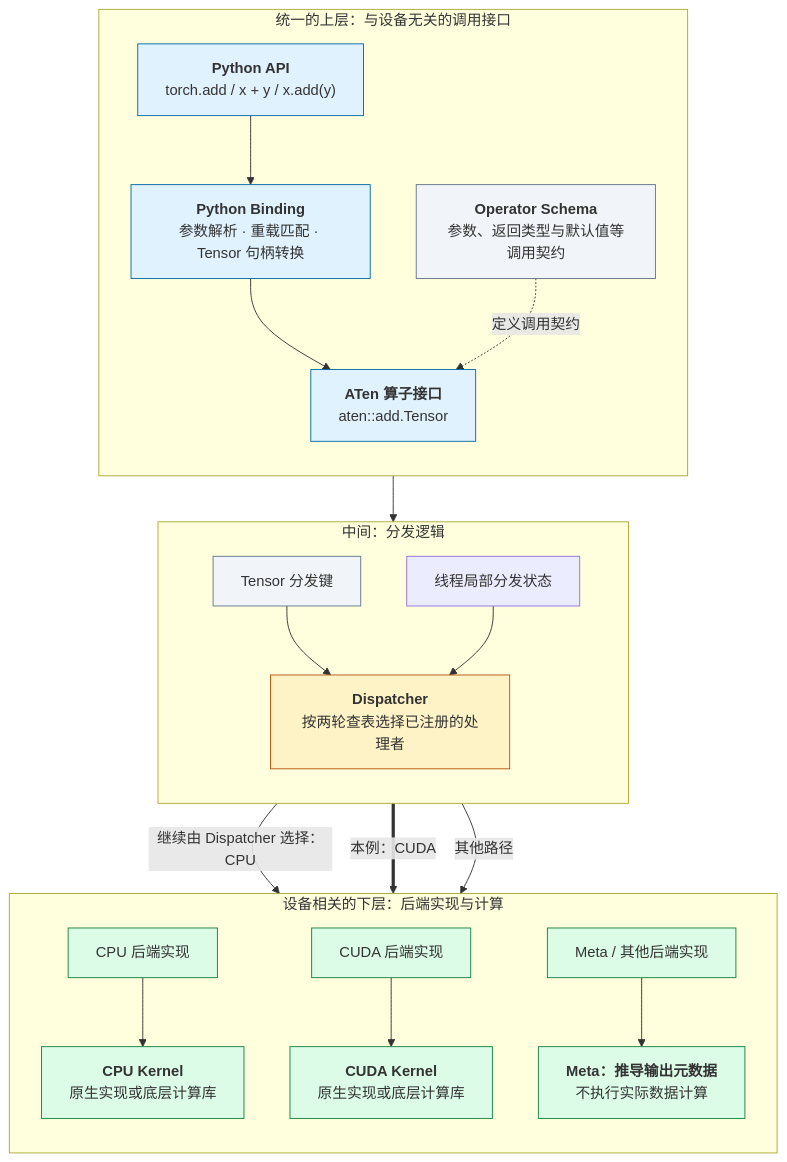
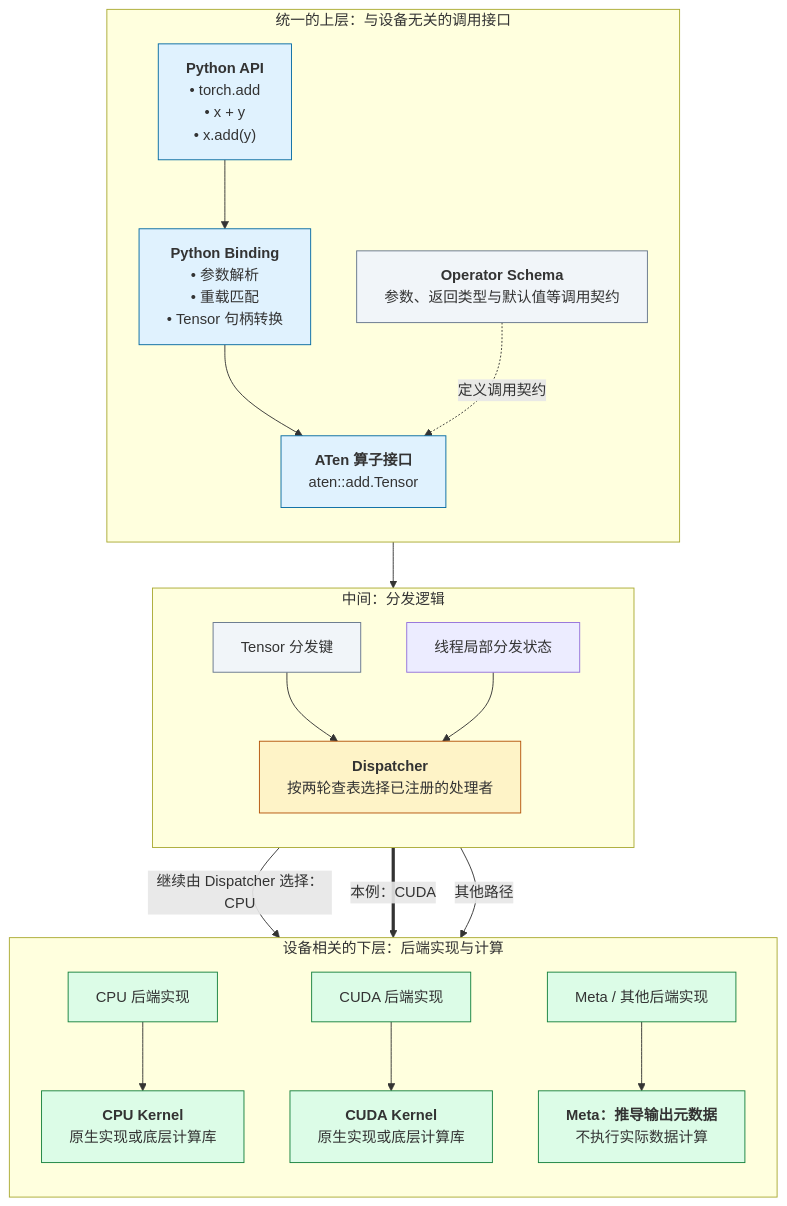
Before and after one commit to arganzheng/arganzheng.github.com: the third of 6 diagrams in _posts/2026-02-17-pytorch-overall-introduction.md, drawn with Mermaid. The commit also changed other lines of this file and 9 other files, not shown here.

First line of the commit message:
PyTorch 系列其余 9 篇：流程图方框改成「标题 + 列表」

````diff
--- a/_posts/2026-02-17-pytorch-overall-introduction.md
+++ b/_posts/2026-02-17-pytorch-overall-introduction.md
@@ -773,53 +774,54 @@
 ```mermaid
+%%{init: {"flowchart": {"wrappingWidth": 440}}}%%
 flowchart TB
     subgraph UP["统一的上层：与设备无关的调用接口"]
         direction TB
-        A["<b>Python API</b><br/>torch.add / x + y / x.add(y)"]
-        B["<b>Python Binding</b><br/>参数解析 · 重载匹配 · Tensor 句柄转换"]
+        A["<b>Python API</b><br/>• torch.add<br/>• x + y<br/>• x.add(y)"]
+        B["<b>Python Binding</b><br/>• 参数解析<br/>• 重载匹配<br/>• Tensor 句柄转换"]
         C["<b>ATen 算子接口</b><br/>aten::add.Tensor"]
         S["<b>Operator Schema</b><br/>参数、返回类型与默认值等调用契约"]
 
         A --> B --> C
         S -.->|定义调用契约| C
     end
 
     subgraph MID["中间：分发逻辑"]
         direction TB
         K["Tensor 分发键"]
         T["线程局部分发状态"]
         D["<b>Dispatcher</b><br/>按两轮查表选择已注册的处理者"]
 
         K --> D
         T --> D
     end
 
     subgraph LOW["设备相关的下层：后端实现与计算"]
         direction TB
         CPU["CPU 后端实现"]
         CUDA["CUDA 后端实现"]
         META["Meta / 其他后端实现"]
 
         CK["<b>CPU Kernel</b><br/>原生实现或底层计算库"]
         GK["<b>CUDA Kernel</b><br/>原生实现或底层计算库"]
         MK["<b>Meta：推导输出元数据</b><br/>不执行实际数据计算"]
 
         CPU --> CK
         CUDA --> GK
         META --> MK
     end
 
     C --> D
     D -->|继续由 Dispatcher 选择：CPU| CPU
     D ==>|本例：CUDA| CUDA
     D -->|其他路径| META
 
     classDef api fill:#e0f2fe,stroke:#0369a1;
     classDef contract fill:#f1f5f9,stroke:#64748b;
     classDef dispatch fill:#fef3c7,stroke:#b45309;
     classDef compute fill:#dcfce7,stroke:#15803d;
 
     class A,B,C api;
     class S,K contract;
     class D dispatch;
     class CPU,CUDA,META,CK,GK,MK compute;
 ```
````
